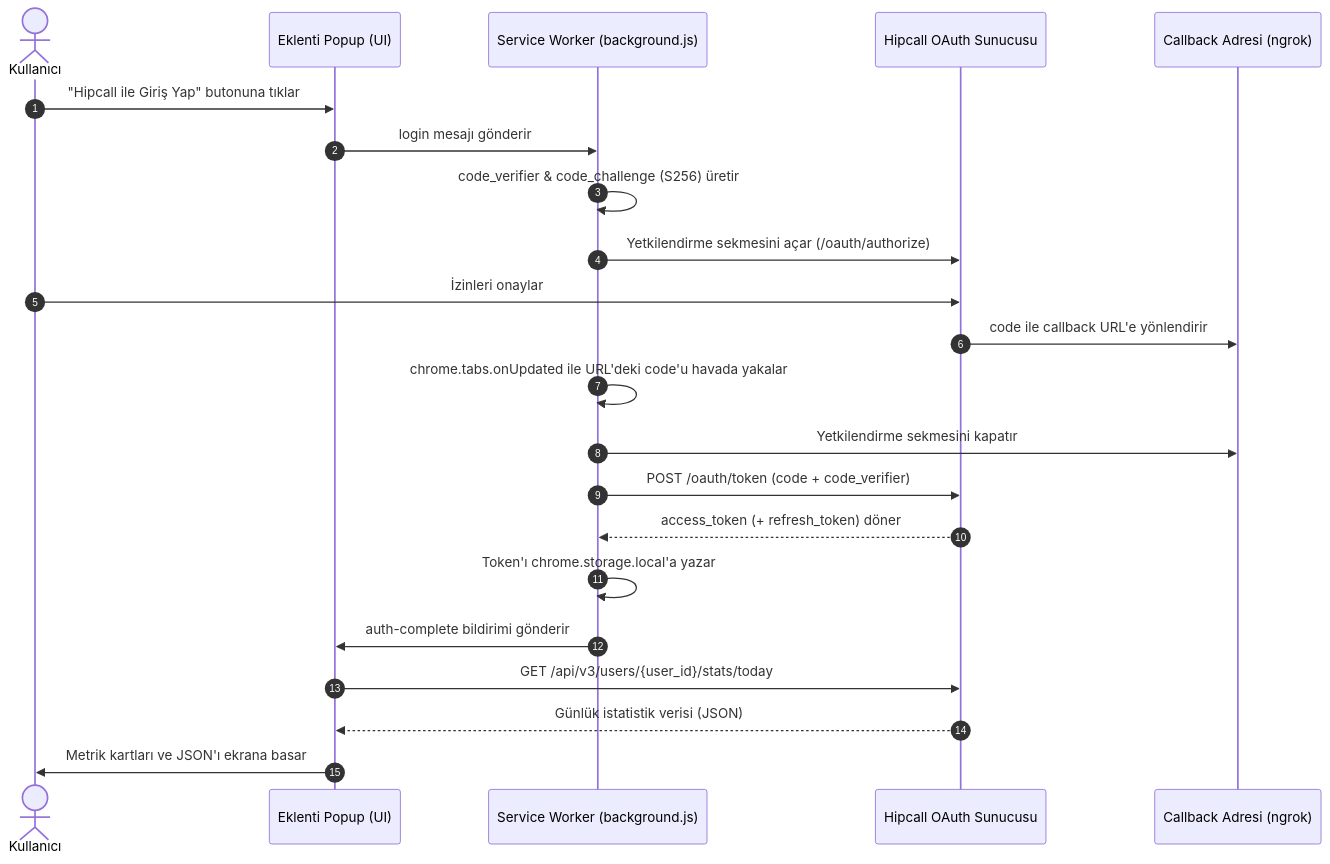
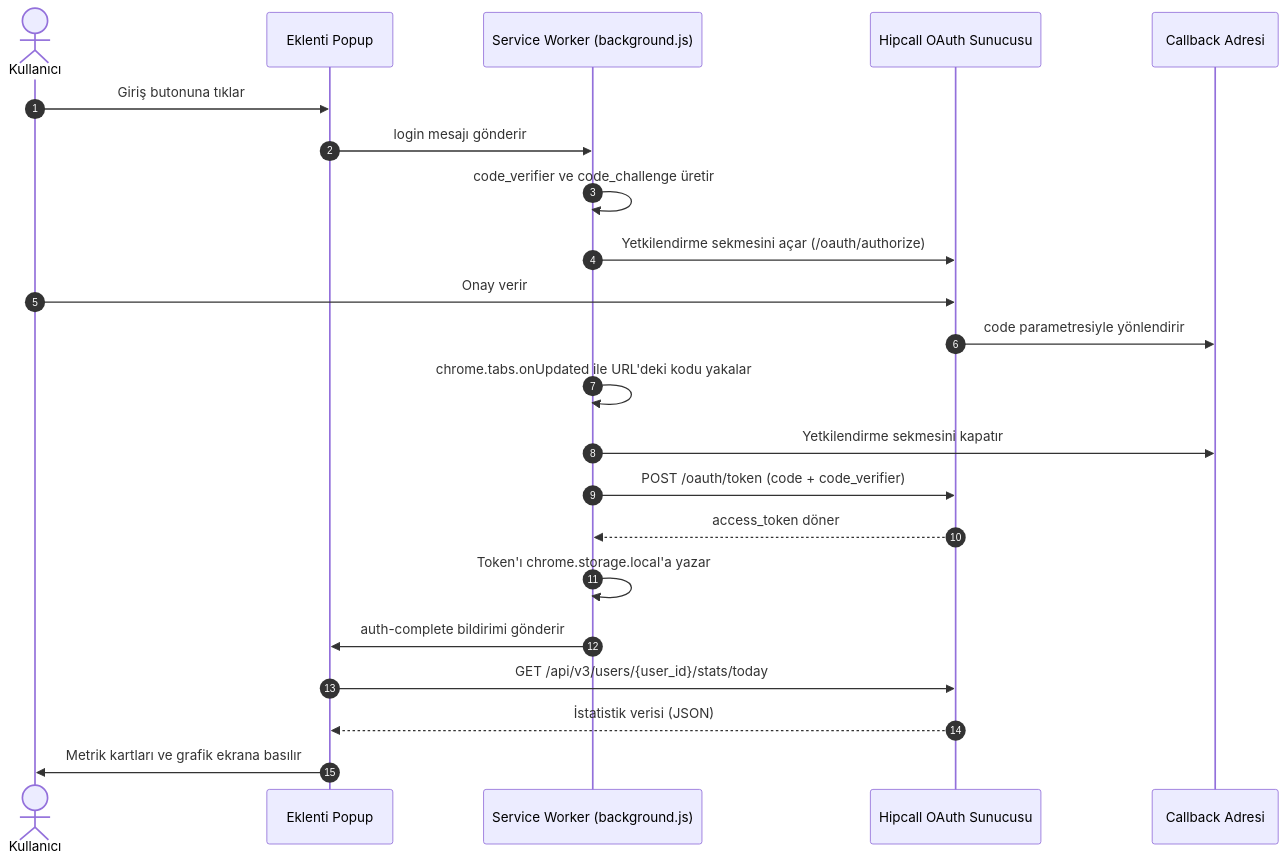
One commit to Fabsava/HipcallExtension changed the diagram in README.md. Above: the diagram before and after it, drawn with Mermaid. The commit also changed other lines of this file and 4 other files, not shown here.

````diff
--- a/README.md
+++ b/README.md
@@ -35,25 +30,25 @@
 ```mermaid
 sequenceDiagram
     autonumber
     actor User as Kullanıcı
-    participant Popup as Eklenti Popup (UI)
+    participant Popup as Eklenti Popup
     participant SW as Service Worker (background.js)
     participant Hipcall as Hipcall OAuth Sunucusu
-    participant Redirect as Callback Adresi (ngrok)
+    participant Redirect as Callback Adresi
 
-    User->>Popup: "Hipcall ile Giriş Yap" butonuna tıklar
+    User->>Popup: Giriş butonuna tıklar
     Popup->>SW: login mesajı gönderir
-    SW->>SW: code_verifier & code_challenge (S256) üretir
+    SW->>SW: code_verifier ve code_challenge üretir
     SW->>Hipcall: Yetkilendirme sekmesini açar (/oauth/authorize)
-    User->>Hipcall: İzinleri onaylar
-    Hipcall->>Redirect: code ile callback URL'e yönlendirir
-    SW->>SW: chrome.tabs.onUpdated ile URL'deki code'u havada yakalar
+    User->>Hipcall: Onay verir
+    Hipcall->>Redirect: code parametresiyle yönlendirir
+    SW->>SW: chrome.tabs.onUpdated ile URL'deki kodu yakalar
     SW->>Redirect: Yetkilendirme sekmesini kapatır
     SW->>Hipcall: POST /oauth/token (code + code_verifier)
-    Hipcall-->>SW: access_token (+ refresh_token) döner
+    Hipcall-->>SW: access_token döner
     SW->>SW: Token'ı chrome.storage.local'a yazar
     SW->>Popup: auth-complete bildirimi gönderir
     Popup->>Hipcall: GET /api/v3/users/{user_id}/stats/today
-    Hipcall-->>Popup: Günlük istatistik verisi (JSON)
-    Popup->>User: Metrik kartları ve JSON'ı ekrana basar
+    Hipcall-->>Popup: İstatistik verisi (JSON)
+    Popup->>User: Metrik kartları ve grafik ekrana basılır
 ```
````
